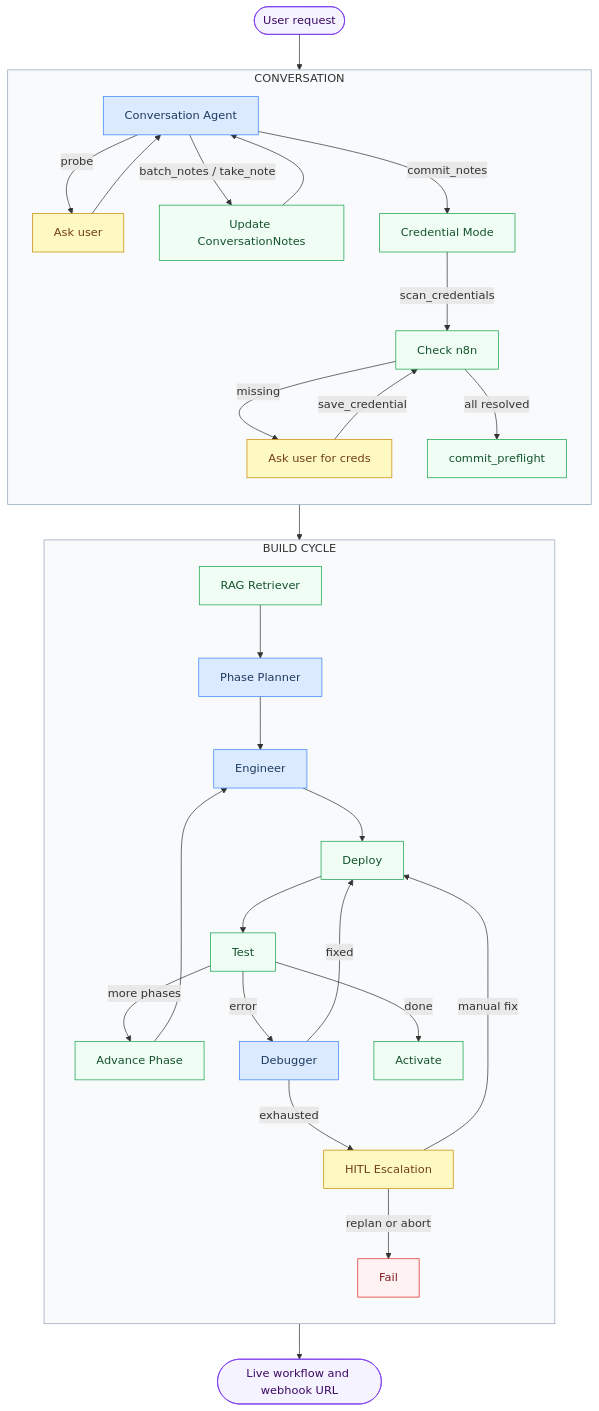
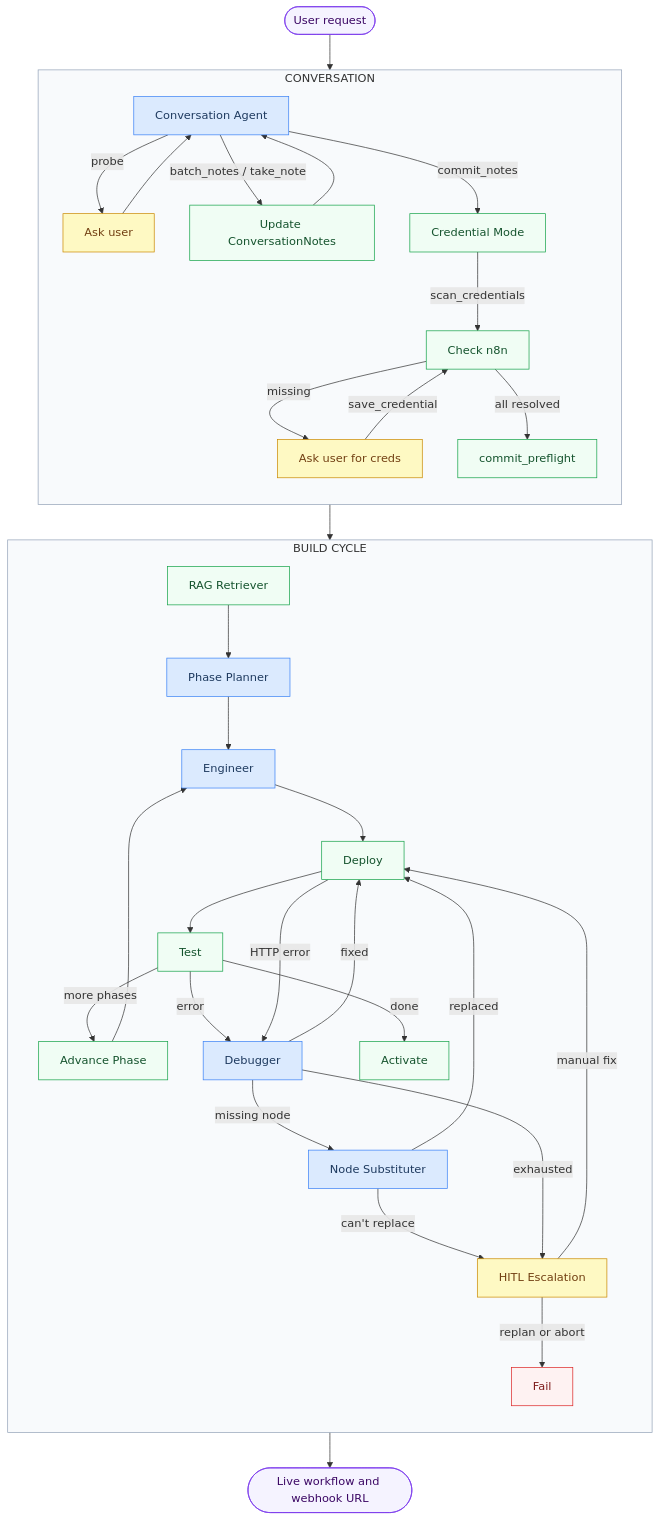
The first of 2 diagrams in src/agentic_system/README.md (h19overflow/ARIA), drawn with Mermaid before and after one commit. The commit also changed other lines of this file and 1 other file, not shown here.

Commit message:
docs(build_cycle): update READMEs with node availability guard architecture
Add Node Substituter to flow diagrams, node reference tables, error
classification docs, and state flow summaries. Document the two-layer
defense: soft guard (planner prefers installed packages) and hard guard
(substituter replaces unavailable nodes at deploy time).

````diff
--- a/src/agentic_system/README.md
+++ b/src/agentic_system/README.md
@@ -9,57 +9,62 @@
 ```mermaid
 flowchart TD
     U([User request]) --> CONV
 
     subgraph CONV [CONVERSATION]
         direction TB
         CA[Conversation Agent] -->|probe| Q[Ask user]
         Q --> CA
         CA -->|batch_notes / take_note| N[Update ConversationNotes]
         N --> CA
         CA -->|commit_notes| CRED[Credential Mode]
         CRED -->|scan_credentials| SC[Check n8n]
         SC -->|missing| ASK[Ask user for creds]
         ASK -->|save_credential| SC
         SC -->|all resolved| CP[commit_preflight]
     end
 
     CONV --> BC
 
     subgraph BC [BUILD CYCLE]
         direction TB
         RAG[RAG Retriever] --> PP[Phase Planner]
         PP --> ENG[Engineer]
         ENG --> DEP[Deploy] --> TST[Test]
         TST -->|more phases| ADV[Advance Phase] --> ENG
         TST -->|error| DBG[Debugger]
+        DEP -->|HTTP error| DBG
         DBG -->|fixed| DEP
+        DBG -->|missing node| SUB[Node Substituter]
+        SUB -->|replaced| DEP
+        SUB -->|can't replace| ESC
         DBG -->|exhausted| ESC[HITL Escalation]
         ESC -->|manual fix| DEP
         ESC -->|replan or abort| FAIL[Fail]
         TST -->|done| ACT[Activate]
     end
 
     ACT --> DONE([Live workflow and webhook URL])
 
     style CA fill:#dbeafe,stroke:#3b82f6,color:#1e3a5f
     style PP fill:#dbeafe,stroke:#3b82f6,color:#1e3a5f
     style ENG fill:#dbeafe,stroke:#3b82f6,color:#1e3a5f
     style DBG fill:#dbeafe,stroke:#3b82f6,color:#1e3a5f
+    style SUB fill:#dbeafe,stroke:#3b82f6,color:#1e3a5f
     style Q fill:#fef9c3,stroke:#ca8a04,color:#713f12
     style ASK fill:#fef9c3,stroke:#ca8a04,color:#713f12
     style ESC fill:#fef9c3,stroke:#ca8a04,color:#713f12
     style N fill:#f0fdf4,stroke:#16a34a,color:#14532d
     style CRED fill:#f0fdf4,stroke:#16a34a,color:#14532d
     style SC fill:#f0fdf4,stroke:#16a34a,color:#14532d
     style CP fill:#f0fdf4,stroke:#16a34a,color:#14532d
     style RAG fill:#f0fdf4,stroke:#16a34a,color:#14532d
     style DEP fill:#f0fdf4,stroke:#16a34a,color:#14532d
     style TST fill:#f0fdf4,stroke:#16a34a,color:#14532d
     style ADV fill:#f0fdf4,stroke:#16a34a,color:#14532d
     style ACT fill:#f0fdf4,stroke:#16a34a,color:#14532d
     style FAIL fill:#fef2f2,stroke:#dc2626,color:#7f1d1d
     style U fill:#f5f3ff,stroke:#7c3aed,color:#3b0764
     style DONE fill:#f5f3ff,stroke:#7c3aed,color:#3b0764
     style CONV fill:#f8fafc,stroke:#94a3b8
     style BC fill:#f8fafc,stroke:#94a3b8
 ```
````
